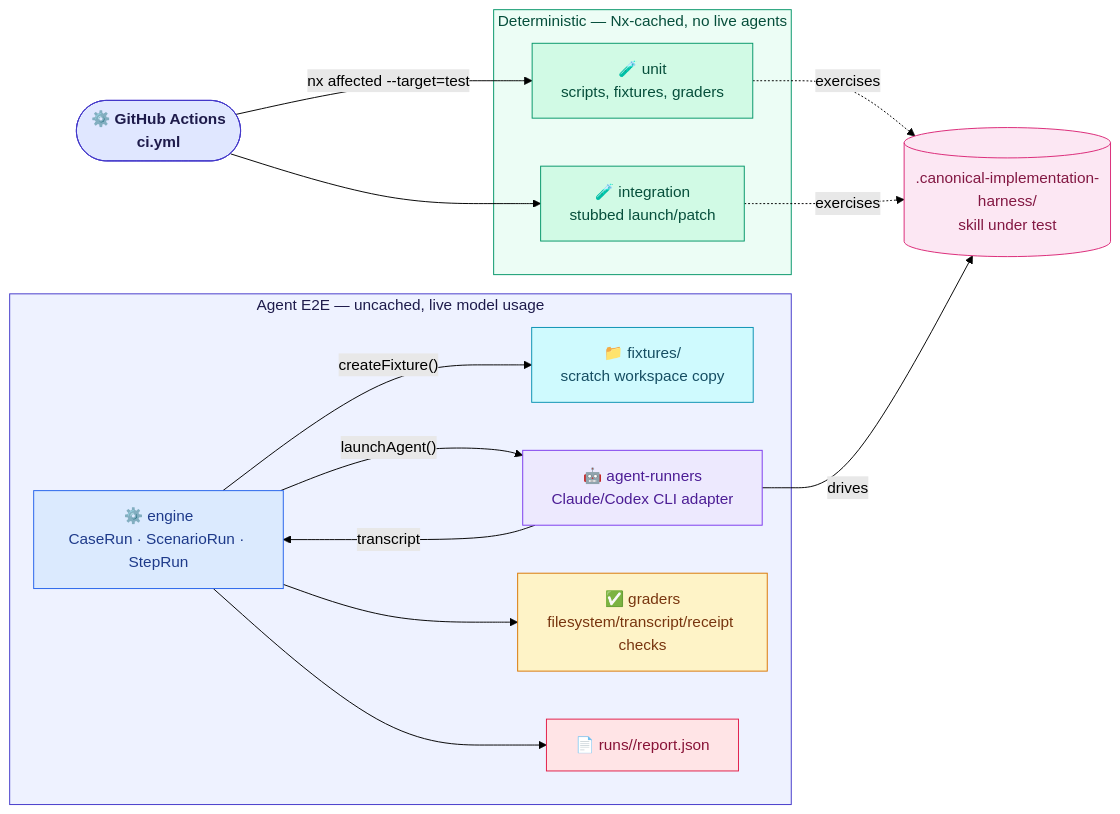
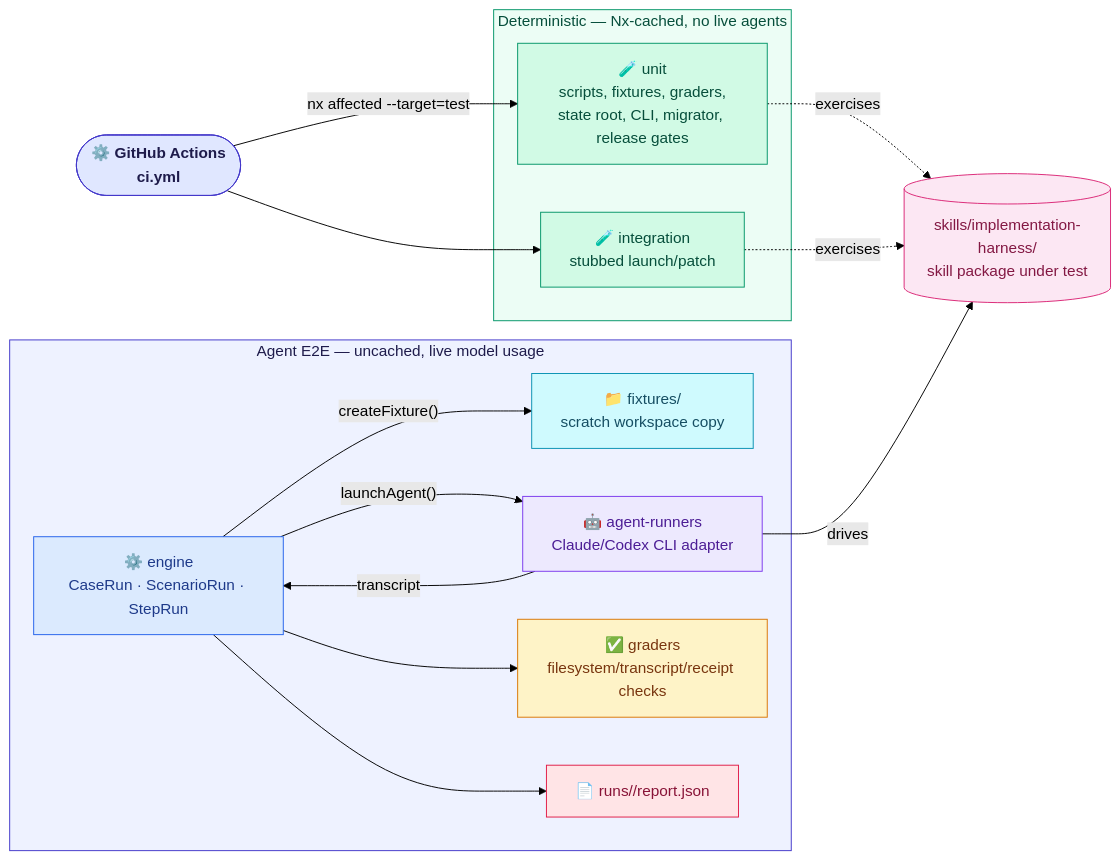
The diagram in docs/Target Architecture (HLD)/v1/Containers/Harness Bootstrap E2E.md (DataArt/artisyn-implementation-harness), drawn with Mermaid (forest theme) before and after one commit. The commit also changed other lines of this file and 36 other files, not shown here.

First line of the commit message:
docs(architecture): describe harness distribution, the release pipeline and its runbook

````diff
--- a/docs/Target Architecture (HLD)/v1/Containers/Harness Bootstrap E2E.md
+++ b/docs/Target Architecture (HLD)/v1/Containers/Harness Bootstrap E2E.md
@@ -13,43 +13,43 @@
 ```mermaid
 flowchart LR
     GH(["⚙️ GitHub Actions\nci.yml"]):::ci
 
     subgraph DET ["  Deterministic — Nx-cached, no live agents  "]
-        UNIT["🧪 unit\nscripts, fixtures, graders"]:::test
+        UNIT["🧪 unit\nscripts, fixtures, graders,\nstate root, CLI, migrator, release gates"]:::test
         INT["🧪 integration\nstubbed launch/patch"]:::test
     end
 
     subgraph AGENT ["  Agent E2E — uncached, live model usage  "]
         FIX["📁 fixtures/\nscratch workspace copy"]:::fixture
         ENG["⚙️ engine\nCaseRun · ScenarioRun · StepRun"]:::engine
         RUN["🤖 agent-runners\nClaude/Codex CLI adapter"]:::runner
         GRD["✅ graders\nfilesystem/transcript/receipt checks"]:::grader
         REP["📄 runs/<case>/report.json"]:::report
     end
 
-    PKG[(".canonical-implementation-harness/\nskill under test")]:::pkg
+    PKG[("skills/implementation-harness/\nskill package under test")]:::pkg
 
     GH -->|"nx affected --target=test"| UNIT
     GH --> INT
     UNIT -.->|"exercises"| PKG
     INT -.->|"exercises"| PKG
 
     ENG -->|"createFixture()"| FIX
     ENG -->|"launchAgent()"| RUN
     RUN -->|"drives"| PKG
     RUN -->|"transcript"| ENG
     ENG --> GRD
     ENG --> REP
 
     classDef ci      fill:#E0E7FF,stroke:#4338CA,color:#1e1b4b,font-weight:bold
     classDef test    fill:#D1FAE5,stroke:#059669,color:#064e3b
     classDef fixture fill:#CFFAFE,stroke:#0891B2,color:#164e63
     classDef runner  fill:#EDE9FE,stroke:#7C3AED,color:#4c1d95
     classDef engine  fill:#DBEAFE,stroke:#2563EB,color:#1e3a8a
     classDef grader  fill:#FEF3C7,stroke:#D97706,color:#78350f
     classDef report  fill:#FFE4E6,stroke:#E11D48,color:#881337
     classDef pkg     fill:#FCE7F3,stroke:#DB2777,color:#831843
 
     style DET   fill:#ECFDF5,stroke:#059669,color:#064e3b
     style AGENT fill:#EEF2FF,stroke:#4338CA,color:#1e1b4b
 ```
````
